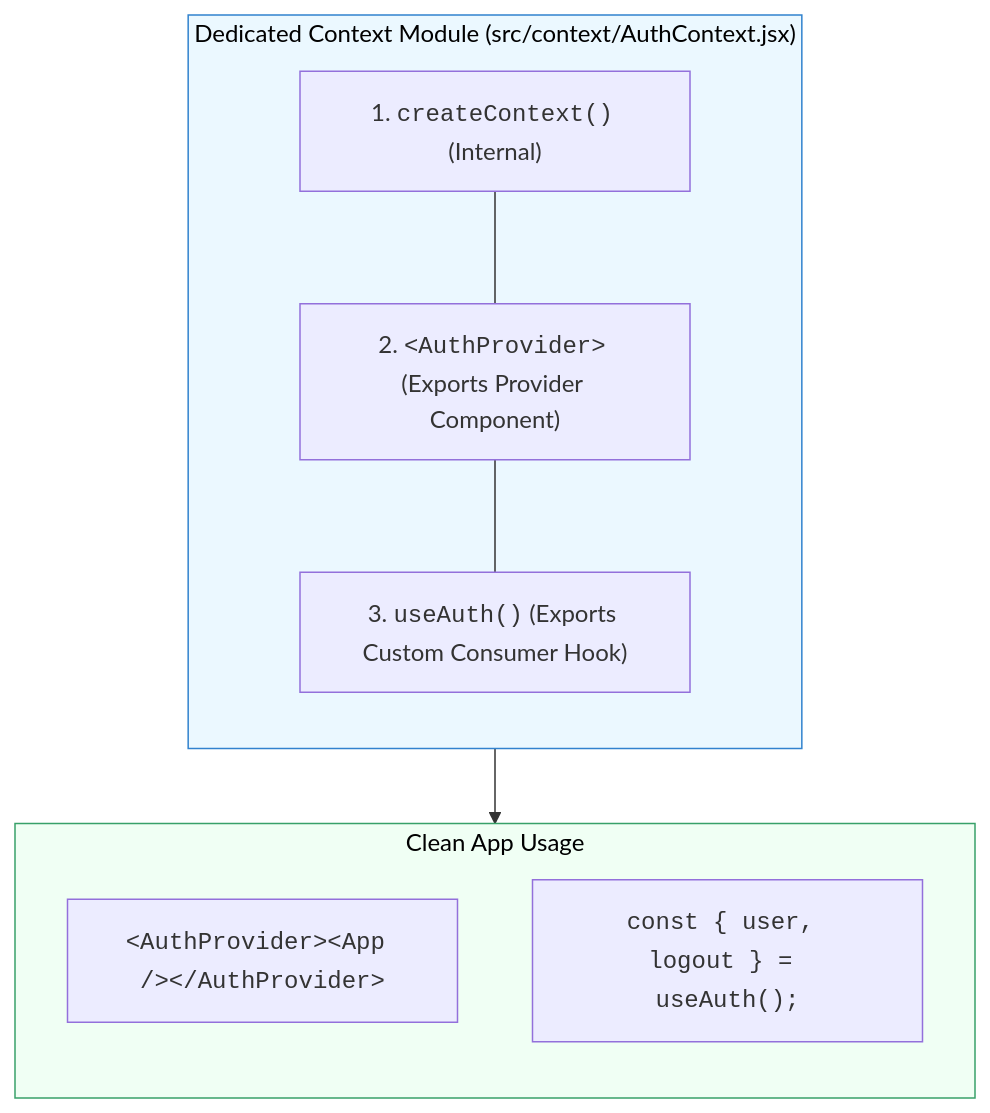
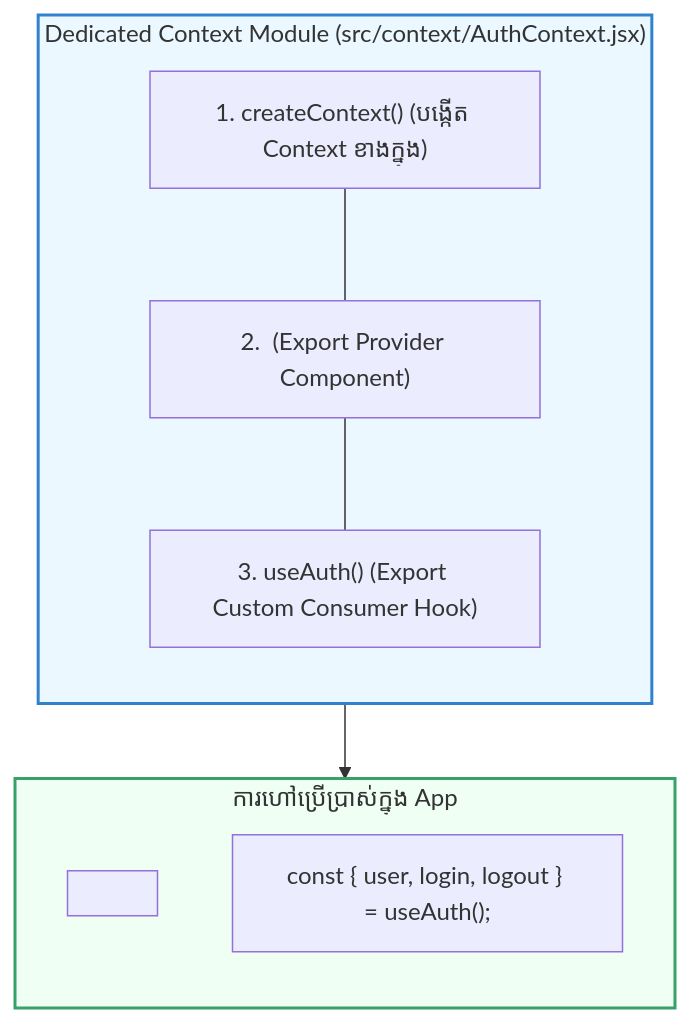
One commit to Ari-ICU/full-stack-short-coures changed the diagram in src/courses/react/module-7-global-state/04-custom-context-providers.mdx. Above: the diagram before and after it, drawn with Mermaid. The commit also changed other lines of this file and 7 other files, not shown here.

Commit message:
feat: add ReactPitfallsDiagram component and update global state course content to explain derived state and useEffect pitfalls

````diff
--- a/src/courses/react/module-7-global-state/04-custom-context-providers.mdx
+++ b/src/courses/react/module-7-global-state/04-custom-context-providers.mdx
@@ -25,21 +25,21 @@
 ```mermaid
 flowchart TD
     subgraph ContextModule["Dedicated Context Module (src/context/AuthContext.jsx)"]
         direction TB
-        Ctx["1. <code>createContext()</code> (Internal)"]
-        Prov["2. <code>&lt;AuthProvider&gt;</code> (Exports Provider Component)"]
-        Hook["3. <code>useAuth()</code> (Exports Custom Consumer Hook)"]
+        Ctx["1. createContext() (បង្កើត Context ខាងក្នុង)"]
+        Prov["2. <AuthProvider> (Export Provider Component)"]
+        Hook["3. useAuth() (Export Custom Consumer Hook)"]
         Ctx --- Prov --- Hook
     end
 
-    subgraph CleanApp["Clean App Usage"]
+    subgraph CleanApp["ការហៅប្រើប្រាស់ក្នុង App"]
         direction TB
-        AppWrap["<code>&lt;AuthProvider&gt;&lt;App /&gt;&lt;/AuthProvider&gt;</code>"]
-        NavComp["<code>const { user, logout } = useAuth();</code>"]
+        AppWrap["<AuthProvider><App /></AuthProvider>"]
+        NavComp["const { user, login, logout } = useAuth();"]
     end
 
     ContextModule --> CleanApp
 
-    style ContextModule fill:#ebf8ff,stroke:#3182ce,color:#000
-    style CleanApp fill:#f0fff4,stroke:#38a169,color:#000
+    style ContextModule fill:#ebf8ff,stroke:#3182ce,stroke-width:2px
+    style CleanApp fill:#f0fff4,stroke:#38a169,stroke-width:2px
 ```
````
